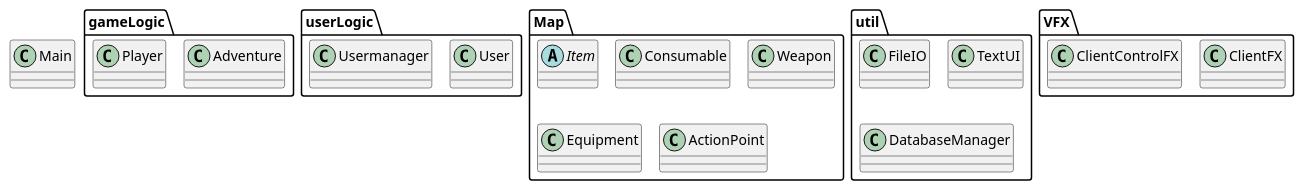
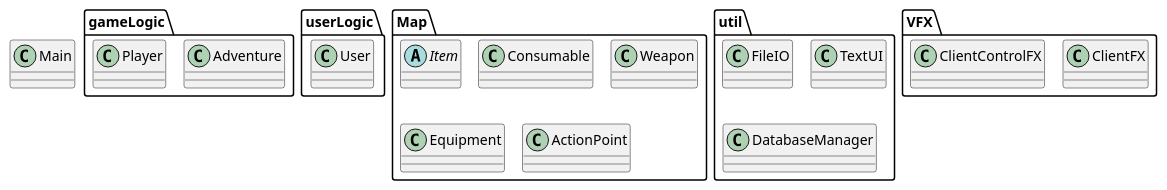
The diagram in doc/Package0.puml (EmilXavierVT/2025ICE), drawn with PlantUML before and after one commit. The commit also changed 4 other files, not shown here.

Commit message:
Fixed diagrams 13-05-25, 12:21

```diff
--- a/doc/Package0.puml
+++ b/doc/Package0.puml
@@ -1,45 +1,43 @@
 @startuml
 !pragma layout smetana
 'https://plantuml.com/class-diagram
 
 
 class Main
 
 package gameLogic{
 class Adventure
 class Player
 }
 
 package userLogic{
 class User
-class Usermanager
-
 }
 
 package Map{
 abstract class Item
 class Consumable
 class Weapon
 class Equipment
 class ActionPoint
 }
 
 
 package util{
 class FileIO
 class TextUI
 class DatabaseManager
 }
 
 package VFX{
 class ClientFX
 class ClientControlFX
 }
 
 
 
 
 
 
 
 @enduml
```
